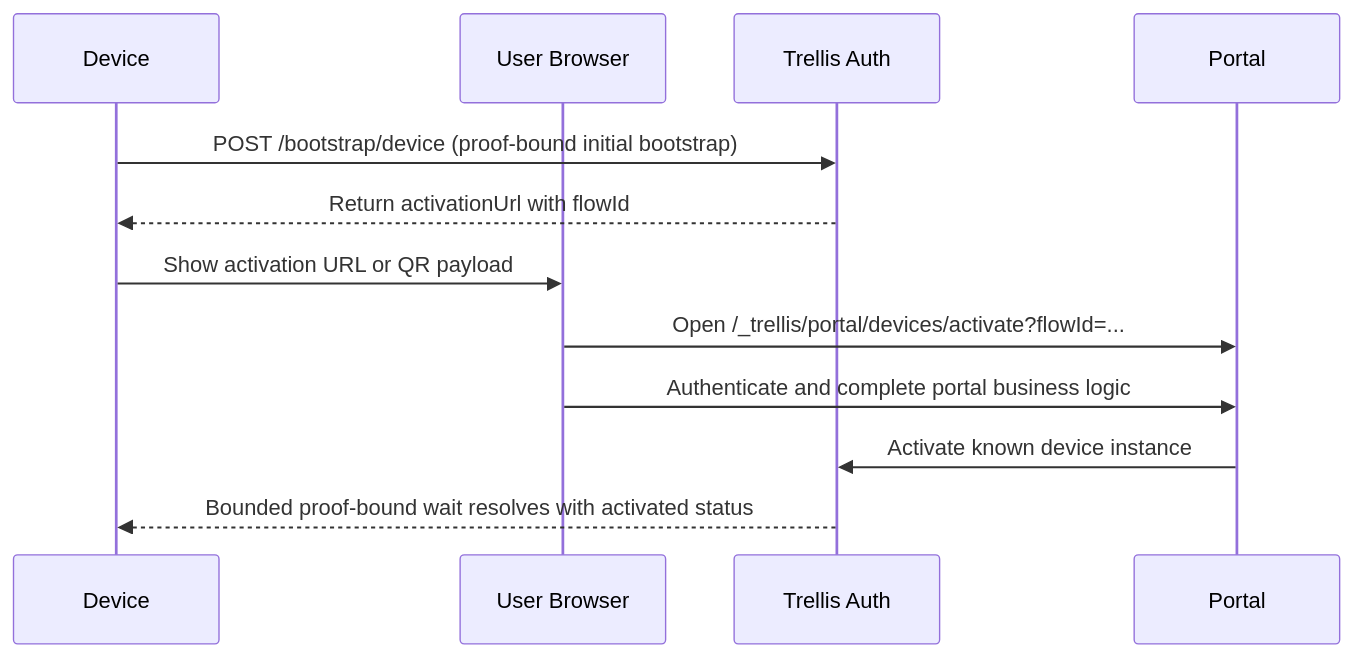
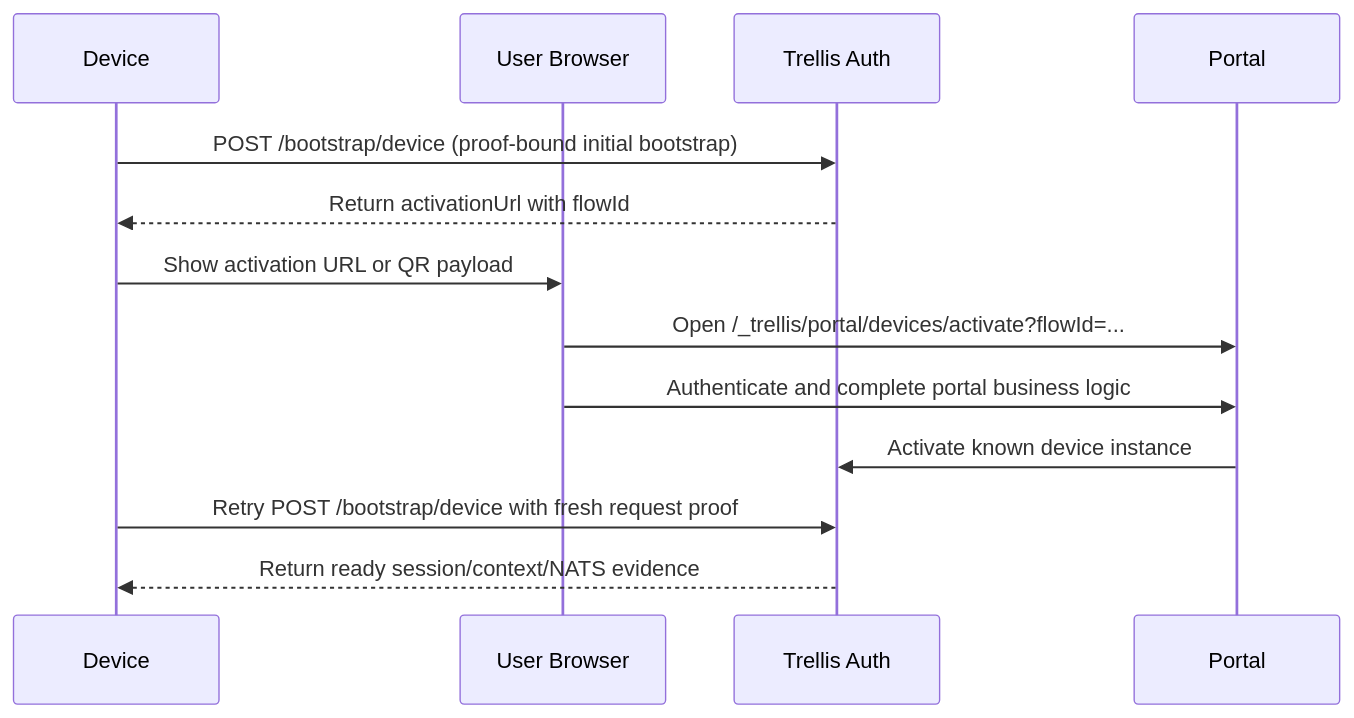
One commit to abalmos/trellis changed the diagram in design/auth/device-activation.md. Above: the diagram before and after it, drawn with Mermaid. The commit also changed other lines of this file and 34 other files, not shown here.

Commit message:
Complete Trellis 0.12 architecture audit

````diff
--- a/design/auth/device-activation.md
+++ b/design/auth/device-activation.md
@@ -187,15 +191,16 @@
 ```mermaid
 sequenceDiagram
     participant W as Device
     participant U as User Browser
     participant T as Trellis Auth
     participant P as Portal
 
     W->>T: POST /bootstrap/device (proof-bound initial bootstrap)
     T-->>W: Return activationUrl with flowId
     W->>U: Show activation URL or QR payload
     U->>P: Open /_trellis/portal/devices/activate?flowId=...
     U->>P: Authenticate and complete portal business logic
     P->>T: Activate known device instance
-    T-->>W: Bounded proof-bound wait resolves with activated status
+    W->>T: Retry POST /bootstrap/device with fresh request proof
+    T-->>W: Return ready session/context/NATS evidence
 ```
````
